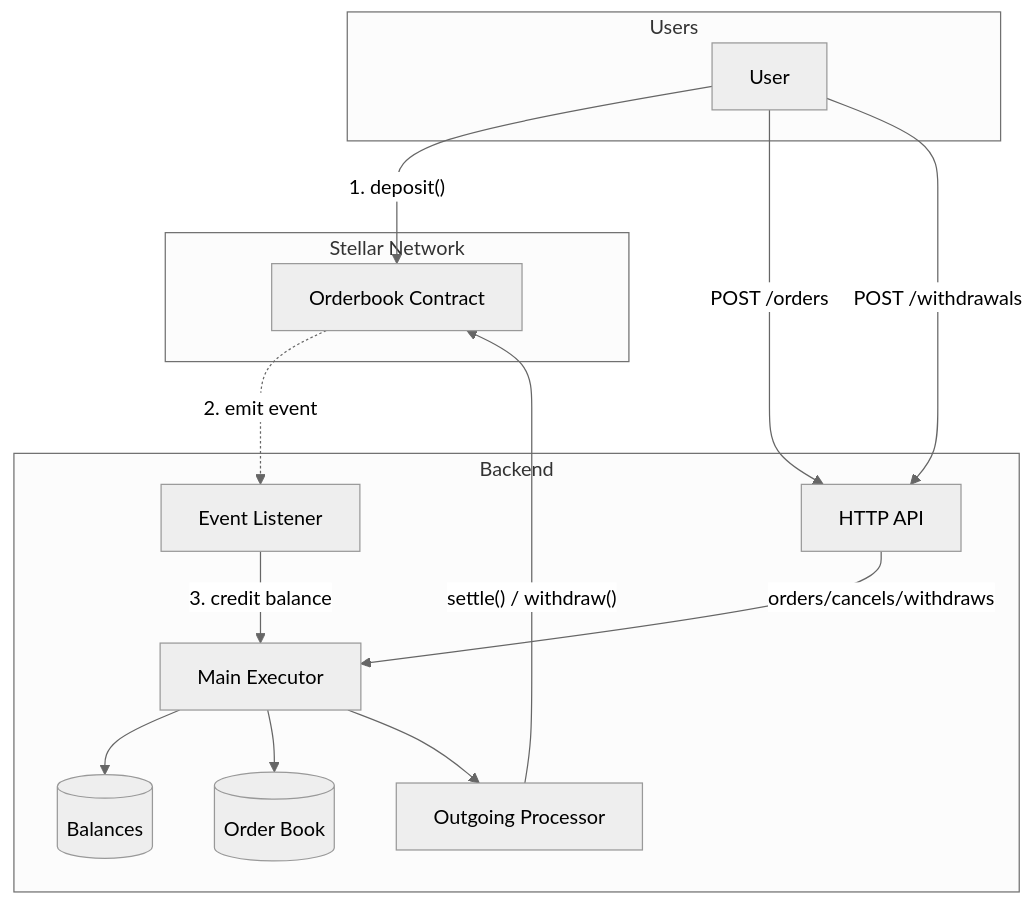
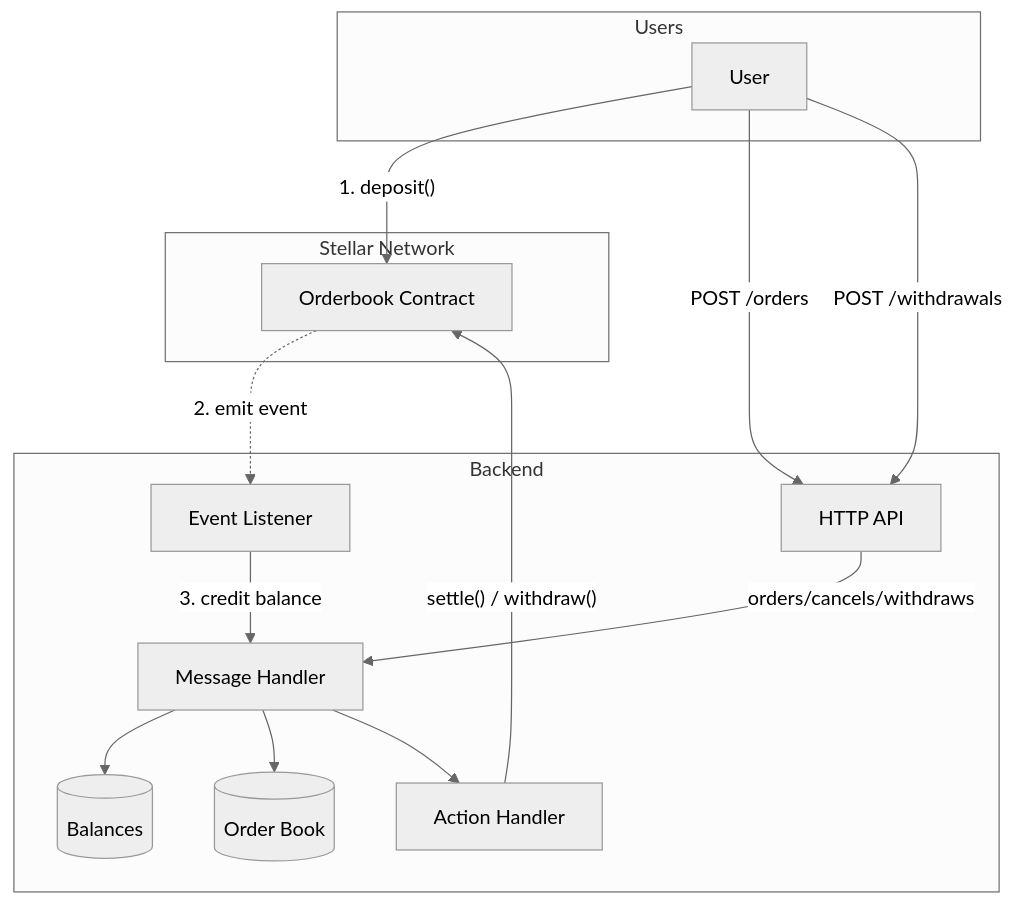
One commit to tomerweller/lumendark changed the diagram in README.md. Above: the diagram before and after it, drawn with Mermaid (neutral theme). The commit also changed other lines of this file and 29 other files, not shown here.

````diff
--- a/README.md
+++ b/README.md
@@ -17,37 +17,37 @@
 ```mermaid
 flowchart TB
     subgraph Users
         U1[User]
     end
 
     subgraph Stellar["Stellar Network"]
         Contract[Orderbook Contract]
     end
 
     subgraph Backend
         API[HTTP API]
-        Executor[Main Executor]
+        Handler[Message Handler]
         Balances[(Balances)]
         OrderBook[(Order Book)]
-        Outgoing[Outgoing Processor]
+        Actions[Action Handler]
         Events[Event Listener]
     end
 
     %% Deposit flow
     U1 -->|"1. deposit()"| Contract
     Contract -.->|"2. emit event"| Events
-    Events -->|"3. credit balance"| Executor
+    Events -->|"3. credit balance"| Handler
 
     %% Order flow
     U1 -->|"POST /orders"| API
-    API --> |"orders/cancels/withdraws"| Executor
-    Executor --> Balances
-    Executor --> OrderBook
-    Executor --> Outgoing
+    API --> |"orders/cancels/withdraws"| Handler
+    Handler --> Balances
+    Handler --> OrderBook
+    Handler --> Actions
 
     %% Settlement flow
-    Outgoing -->|"settle() / withdraw()"| Contract
+    Actions -->|"settle() / withdraw()"| Contract
 
     %% Withdrawal flow
     U1 -->|"POST /withdrawals"| API
 ```
````
